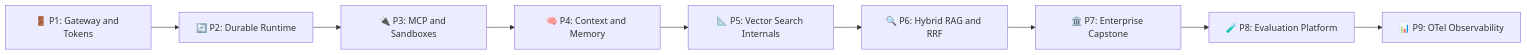
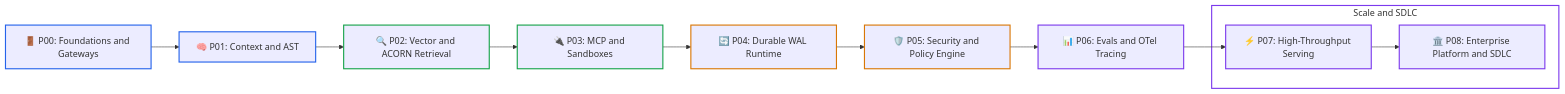
One commit to dip4k/senior-engineer-to-ai-engineer-roadmap changed the third of 7 diagrams in ai-platform-and-agent-infrastructure-roadmap.md. Above: the diagram before and after it, drawn with Mermaid. The commit also changed other lines of this file and 49 other files, not shown here.

First line of the commit message:
feat(curriculum): complete 2026 refactoring across roadmaps, use-cases, labs, and agent-forge

````diff
--- a/ai-platform-and-agent-infrastructure-roadmap.md
+++ b/ai-platform-and-agent-infrastructure-roadmap.md
@@ -109,11 +113,26 @@
 ```mermaid
 flowchart LR
-    P1["🚪 P1: Gateway and Tokens"] --> P2["🔄 P2: Durable Runtime"]
-    P2 --> P3["🔌 P3: MCP and Sandboxes"]
-    P3 --> P4["🧠 P4: Context and Memory"]
-    P4 --> P5["📐 P5: Vector Search Internals"]
-    P5 --> P6["🔍 P6: Hybrid RAG and RRF"]
-    P6 --> P7["🏛️ P7: Enterprise Capstone"]
-    P7 --> P8["🧪 P8: Evaluation Platform"]
-    P8 --> P9["📊 P9: OTel Observability"]
+    P00["🚪 P00: Foundations and Gateways"] --> P01["🧠 P01: Context and AST"]
+    P01 --> P02["🔍 P02: Vector and ACORN Retrieval"]
+    P02 --> P03["🔌 P03: MCP and Sandboxes"]
+    P03 --> P04["🔄 P04: Durable WAL Runtime"]
+    P04 --> P05["🛡️ P05: Security and Policy Engine"]
+    P05 --> P06["📊 P06: Evals and OTel Tracing"]
+    P06 --> P07 --> P08
+
+    subgraph ScaleOps["Scale and SDLC"]
+        P07["⚡ P07: High-Throughput Serving"]
+        P08["🏛️ P08: Enterprise Platform and SDLC"]
+    end
+
+    style ScaleOps fill:none,stroke:#7c3aed,stroke-width:2px
+    style P00 stroke:#2563eb,stroke-width:2px
+    style P01 stroke:#2563eb,stroke-width:2px
+    style P02 stroke:#16a34a,stroke-width:2px
+    style P03 stroke:#16a34a,stroke-width:2px
+    style P04 stroke:#d97706,stroke-width:2px
+    style P05 stroke:#d97706,stroke-width:2px
+    style P06 stroke:#7c3aed,stroke-width:2px
+    style P07 stroke:#7c3aed,stroke-width:2px
+    style P08 stroke:#7c3aed,stroke-width:2px
 ```
````
